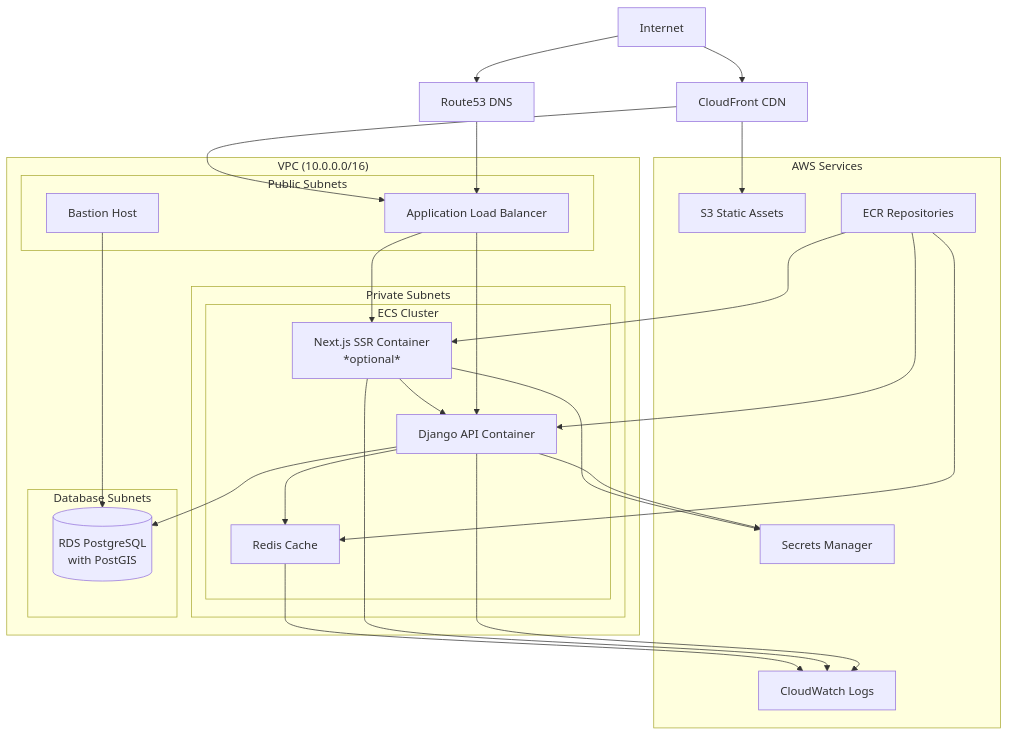
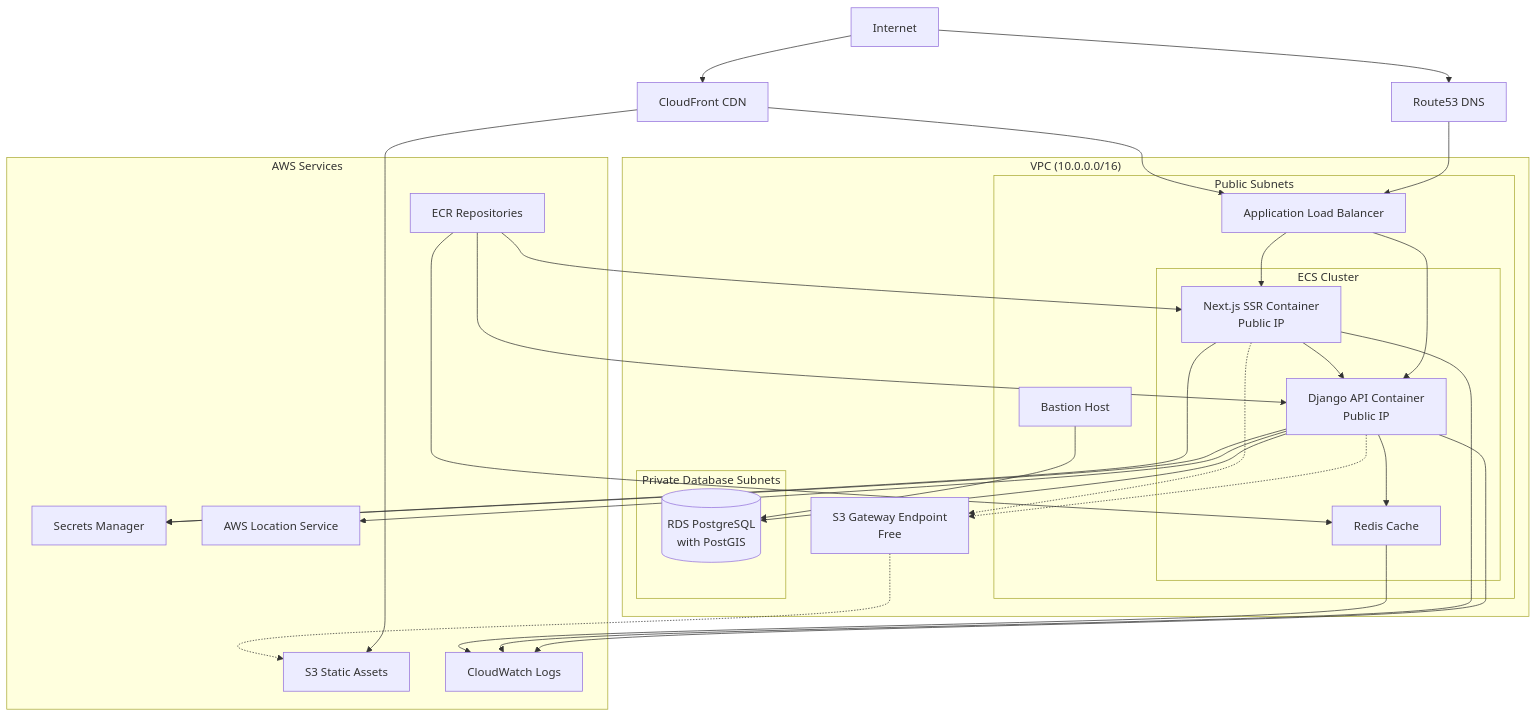
Before and after one commit to lhadjchikh/coalition-builder: the diagram in terraform/README.md, drawn with Mermaid. The commit also changed other lines of this file and 13 other files, not shown here.

First line of the commit message:
feat: migrate ECS to public subnets for cost optimization

````diff
--- a/terraform/README.md
+++ b/terraform/README.md
@@ -60,65 +61,71 @@
 ```mermaid
 %%{init: {'theme':'basic'}}%%
 flowchart TB
     %% Internet
     internet[Internet] --> cloudfront[CloudFront CDN]
     internet --> route53[Route53 DNS]
 
     %% DNS and CDN
     route53 --> alb[Application Load Balancer]
     cloudfront --> s3_assets[S3 Static Assets]
 
     %% VPC Container
     subgraph vpc["VPC (10.0.0.0/16)"]
         %% Public Subnets
         subgraph public["Public Subnets"]
             alb
             bastion[Bastion Host]
-        end
-
-        %% Private Subnets
-        subgraph private["Private Subnets"]
             subgraph ecs_cluster["ECS Cluster"]
-                django[Django API Container]
-                ssr[Next.js SSR Container<br/>*optional*]
+                django[Django API Container<br/>Public IP]
+                ssr[Next.js SSR Container<br/>Public IP]
                 redis[Redis Cache]
             end
         end
 
         %% Database Subnets
-        subgraph db_subnets["Database Subnets"]
+        subgraph db_subnets["Private Database Subnets"]
             rds[(RDS PostgreSQL<br/>with PostGIS)]
         end
+
+        %% S3 Gateway Endpoint
+        s3_endpoint[S3 Gateway Endpoint<br/>Free]
     end
 
     %% External Services
     subgraph aws_services["AWS Services"]
         secrets[Secrets Manager]
         ecr[ECR Repositories]
         cloudwatch[CloudWatch Logs]
         s3_assets
+        location[AWS Location Service]
     end
 
     %% Connections
     alb --> django
     alb --> ssr
     django --> redis
     django --> rds
     ssr --> django
     bastion --> rds
 
     %% CloudFront connections
     cloudfront --> alb
 
-    %% Service connections
+    %% Service connections via Internet
     django --> secrets
     ssr --> secrets
     django --> cloudwatch
     ssr --> cloudwatch
     redis --> cloudwatch
+    django --> location
 
-    %% ECR
+    %% ECR connections via Internet
     ecr --> django
     ecr --> ssr
     ecr --> redis
+
+    %% S3 via Gateway Endpoint
+    django -.-> s3_endpoint
+    ssr -.-> s3_endpoint
+    s3_endpoint -.-> s3_assets
 ```
````
